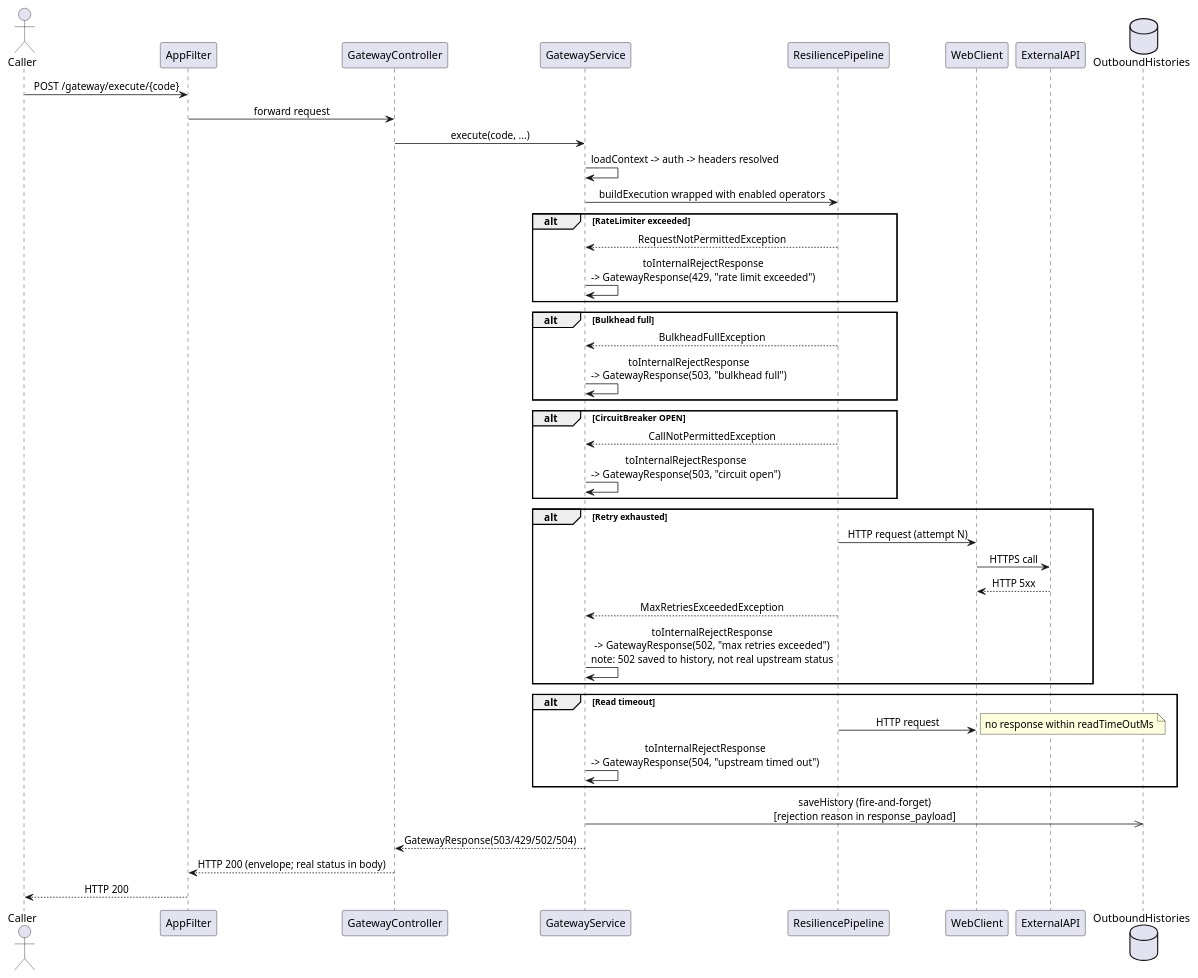
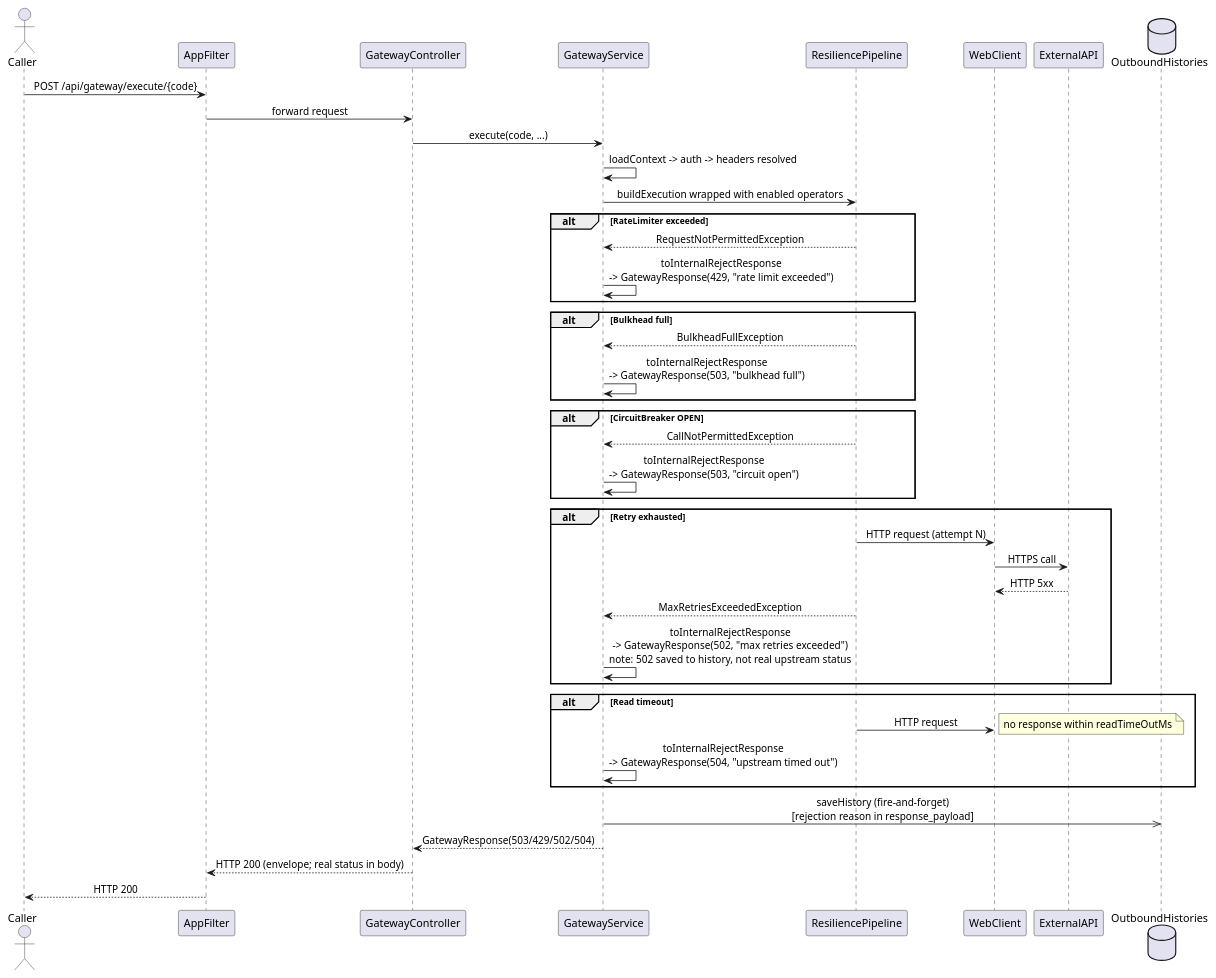
One commit to nantaaditya/outbound-gateway changed the third of 5 diagrams in README.md. Above: the diagram before and after it, drawn with PlantUML. The commit also changed other lines of this file and 2 other files, not shown here.

First line of the commit message:
docs: fix API specification mismatches in README (Phase 22-C)

````diff
--- a/README.md
+++ b/README.md
@@ -185,56 +185,56 @@
 ```plantuml
 @startuml
 skinparam sequenceMessageAlign center
 
 actor Caller
 participant AppFilter
 participant GatewayController
 participant GatewayService
 participant ResiliencePipeline
 participant WebClient
 participant ExternalAPI
 database OutboundHistories
 
-Caller -> AppFilter : POST /gateway/execute/{code}
+Caller -> AppFilter : POST /api/gateway/execute/{code}
 AppFilter -> GatewayController : forward request
 GatewayController -> GatewayService : execute(code, ...)
 
 GatewayService -> GatewayService : loadContext -> auth -> headers resolved
 
 GatewayService -> ResiliencePipeline : buildExecution wrapped with enabled operators
 
 alt RateLimiter exceeded
   ResiliencePipeline --> GatewayService : RequestNotPermittedException
   GatewayService -> GatewayService : toInternalRejectResponse\n-> GatewayResponse(429, "rate limit exceeded")
 end
 
 alt Bulkhead full
   ResiliencePipeline --> GatewayService : BulkheadFullException
   GatewayService -> GatewayService : toInternalRejectResponse\n-> GatewayResponse(503, "bulkhead full")
 end
 
 alt CircuitBreaker OPEN
   ResiliencePipeline --> GatewayService : CallNotPermittedException
   GatewayService -> GatewayService : toInternalRejectResponse\n-> GatewayResponse(503, "circuit open")
 end
 
 alt Retry exhausted
   ResiliencePipeline -> WebClient : HTTP request (attempt N)
   WebClient -> ExternalAPI : HTTPS call
   ExternalAPI --> WebClient : HTTP 5xx
   ResiliencePipeline --> GatewayService : MaxRetriesExceededException
   GatewayService -> GatewayService : toInternalRejectResponse\n-> GatewayResponse(502, "max retries exceeded")\nnote: 502 saved to history, not real upstream status
 end
 
 alt Read timeout
   ResiliencePipeline -> WebClient : HTTP request
   note right : no response within readTimeOutMs
   GatewayService -> GatewayService : toInternalRejectResponse\n-> GatewayResponse(504, "upstream timed out")
 end
 
 GatewayService ->> OutboundHistories : saveHistory (fire-and-forget)\n[rejection reason in response_payload]
 GatewayService --> GatewayController : GatewayResponse(503/429/502/504)
 GatewayController --> AppFilter : HTTP 200 (envelope; real status in body)
 AppFilter --> Caller : HTTP 200
 @enduml
 ```
````
